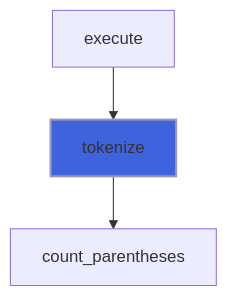
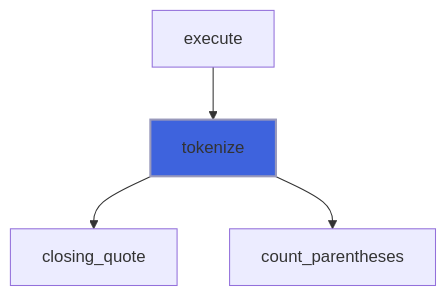
Before and after one commit to szaghi/foresight: the second of 2 diagrams in docs/api/src/lib/foresight_tokens.md, drawn with Mermaid. The commit also changed other lines of this file and 97 other files, not shown here.

````diff
--- a/docs/api/src/lib/foresight_tokens.md
+++ b/docs/api/src/lib/foresight_tokens.md
@@ -91,6 +95,7 @@
 ```mermaid
 flowchart TD
   execute["execute"] --> tokenize["tokenize"]
+  tokenize["tokenize"] --> closing_quote["closing_quote"]
   tokenize["tokenize"] --> count_parentheses["count_parentheses"]
   style tokenize fill:#3e63dd,stroke:#99b,stroke-width:2px
 ```
````
